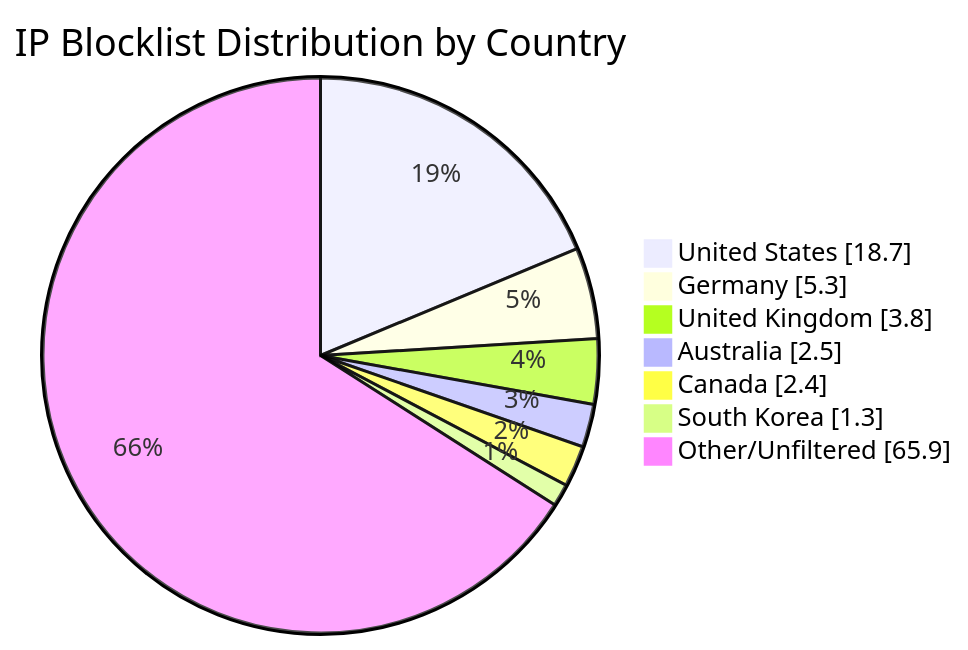
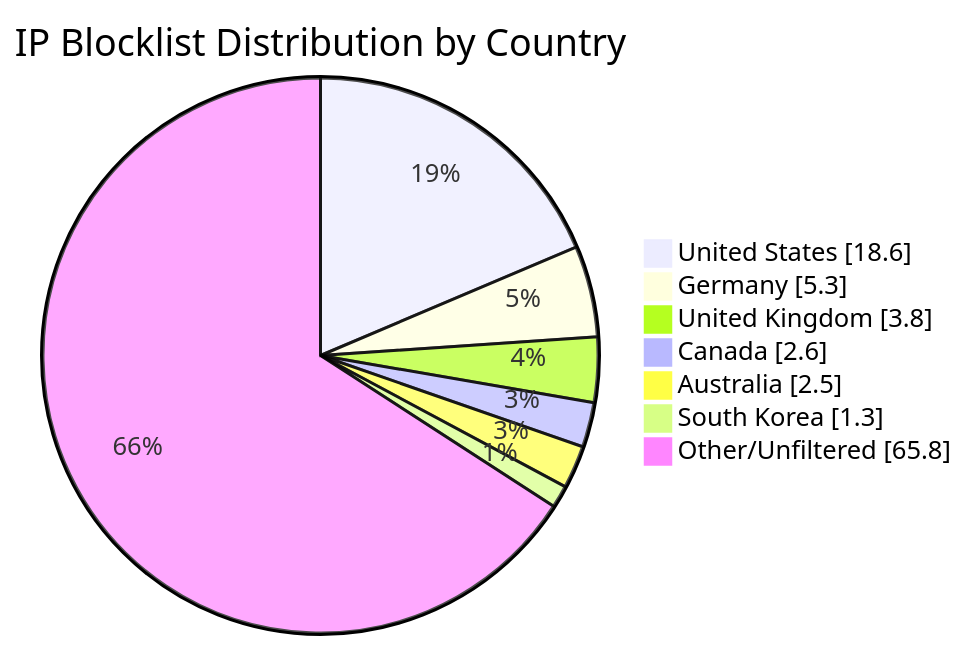
The diagram in README.md (MarcusHoltz/ipblocklist-geofiltered-aggregator), drawn with Mermaid before and after one commit. The commit also changed other lines of this file and 9 other files, not shown here.

````diff
--- a/README.md
+++ b/README.md
@@ -34,10 +34,10 @@
 ```mermaid
 pie showData title IP Blocklist Distribution by Country
-"United States" : 18.7
+"United States" : 18.6
 "Germany" : 5.3
 "United Kingdom" : 3.8
+"Canada" : 2.6
 "Australia" : 2.5
-"Canada" : 2.4
 "South Korea" : 1.3
-"Other/Unfiltered" : 65.9
+"Other/Unfiltered" : 65.8
 ```
````
